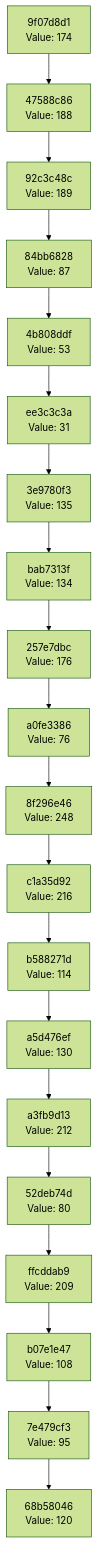
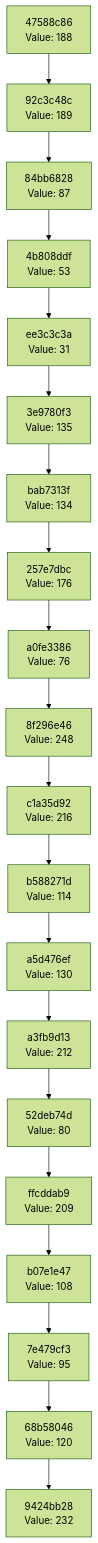
The diagram in docs/CHAIN_VISUALIZATION.md (Abhisheksinha1506/hash-chain-evolver), drawn with Mermaid (forest theme) before and after one commit. The commit also changed 3 other files, not shown here.

````diff
--- a/docs/CHAIN_VISUALIZATION.md
+++ b/docs/CHAIN_VISUALIZATION.md
@@ -3,42 +3,42 @@
 ```mermaid
 graph TD
-    C0["68b58046<br/>Value: 120"]
-    C1["7e479cf3<br/>Value: 95"]
+    C0["9424bb28<br/>Value: 232"]
+    C1["68b58046<br/>Value: 120"]
     C1 --> C0
-    C2["b07e1e47<br/>Value: 108"]
+    C2["7e479cf3<br/>Value: 95"]
     C2 --> C1
-    C3["ffcddab9<br/>Value: 209"]
+    C3["b07e1e47<br/>Value: 108"]
     C3 --> C2
-    C4["52deb74d<br/>Value: 80"]
+    C4["ffcddab9<br/>Value: 209"]
     C4 --> C3
-    C5["a3fb9d13<br/>Value: 212"]
+    C5["52deb74d<br/>Value: 80"]
     C5 --> C4
-    C6["a5d476ef<br/>Value: 130"]
+    C6["a3fb9d13<br/>Value: 212"]
     C6 --> C5
-    C7["b588271d<br/>Value: 114"]
+    C7["a5d476ef<br/>Value: 130"]
     C7 --> C6
-    C8["c1a35d92<br/>Value: 216"]
+    C8["b588271d<br/>Value: 114"]
     C8 --> C7
-    C9["8f296e46<br/>Value: 248"]
+    C9["c1a35d92<br/>Value: 216"]
     C9 --> C8
-    C10["a0fe3386<br/>Value: 76"]
+    C10["8f296e46<br/>Value: 248"]
     C10 --> C9
-    C11["257e7dbc<br/>Value: 176"]
+    C11["a0fe3386<br/>Value: 76"]
     C11 --> C10
-    C12["bab7313f<br/>Value: 134"]
+    C12["257e7dbc<br/>Value: 176"]
     C12 --> C11
-    C13["3e9780f3<br/>Value: 135"]
+    C13["bab7313f<br/>Value: 134"]
     C13 --> C12
-    C14["ee3c3c3a<br/>Value: 31"]
+    C14["3e9780f3<br/>Value: 135"]
     C14 --> C13
-    C15["4b808ddf<br/>Value: 53"]
+    C15["ee3c3c3a<br/>Value: 31"]
     C15 --> C14
-    C16["84bb6828<br/>Value: 87"]
+    C16["4b808ddf<br/>Value: 53"]
     C16 --> C15
-    C17["92c3c48c<br/>Value: 189"]
+    C17["84bb6828<br/>Value: 87"]
     C17 --> C16
-    C18["47588c86<br/>Value: 188"]
+    C18["92c3c48c<br/>Value: 189"]
     C18 --> C17
-    C19["9f07d8d1<br/>Value: 174"]
+    C19["47588c86<br/>Value: 188"]
     C19 --> C18
 ```
````
